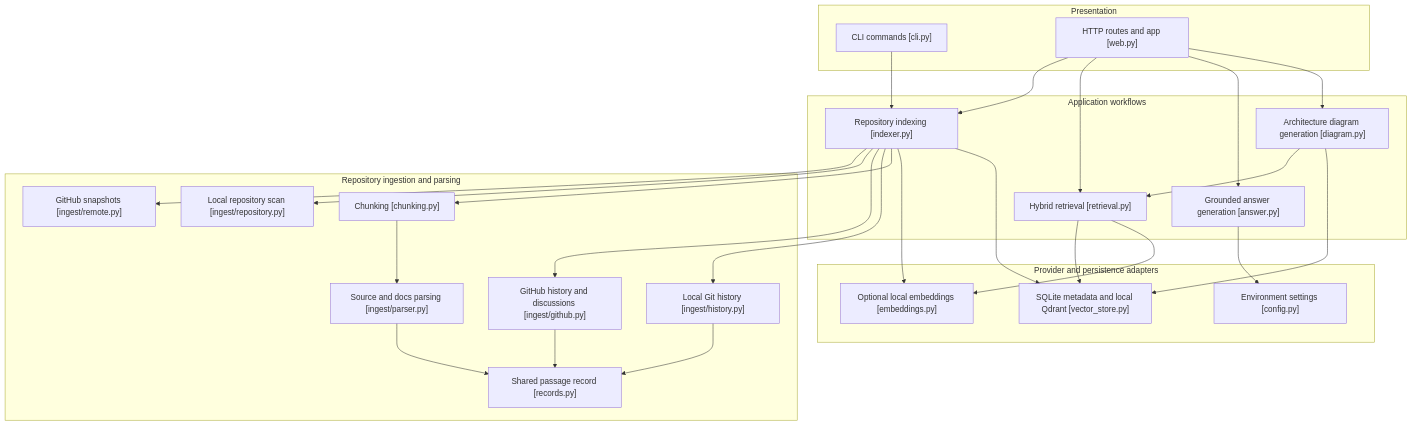
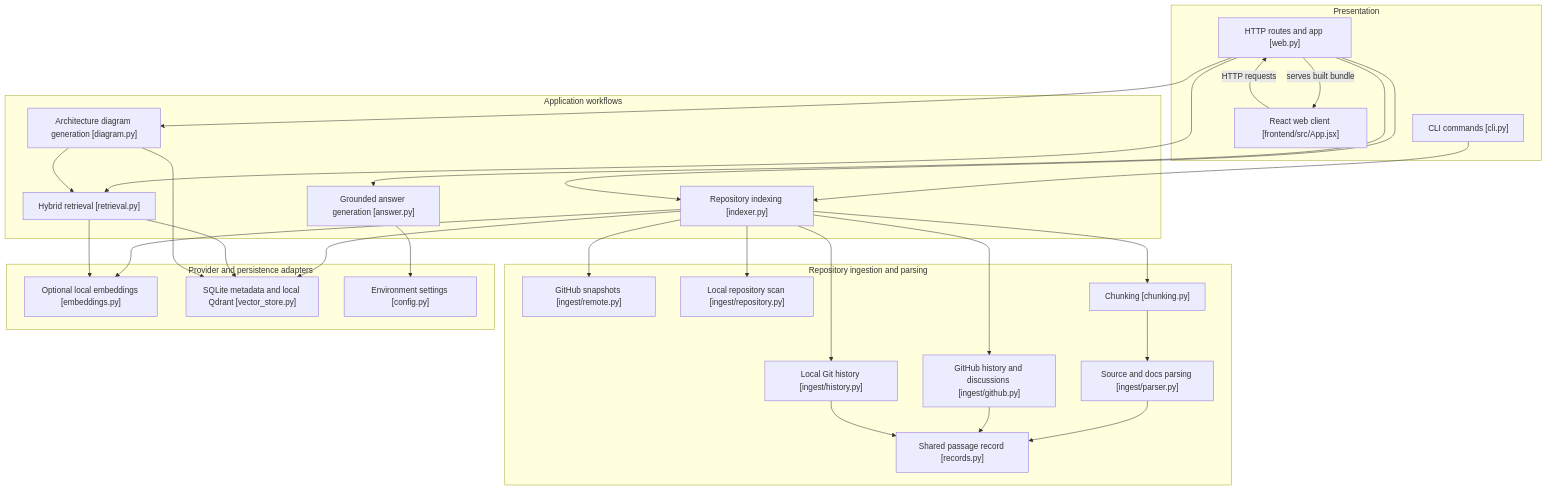
The first of 3 diagrams in docs/backend-architecture.md (Mr1823/GitContext), drawn with Mermaid before and after one commit. The commit also changed other lines of this file and 30 other files, not shown here.

````diff
--- a/docs/backend-architecture.md
+++ b/docs/backend-architecture.md
@@ -37,52 +50,55 @@
 ```mermaid
 flowchart TB
   subgraph presentation["Presentation"]
     cli["CLI commands [cli.py]"]
     api["HTTP routes and app [web.py]"]
+    ui["React web client [frontend/src/App.jsx]"]
   end
 
   subgraph application["Application workflows"]
     indexer["Repository indexing [indexer.py]"]
     retrieval["Hybrid retrieval [retrieval.py]"]
     answer["Grounded answer generation [answer.py]"]
     diagram["Architecture diagram generation [diagram.py]"]
   end
 
   subgraph ingest["Repository ingestion and parsing"]
     remote["GitHub snapshots [ingest/remote.py]"]
     source["Local repository scan [ingest/repository.py]"]
     github["GitHub history and discussions [ingest/github.py]"]
     history["Local Git history [ingest/history.py]"]
     parser["Source and docs parsing [ingest/parser.py]"]
     chunks["Chunking [chunking.py]"]
     records["Shared passage record [records.py]"]
   end
 
   subgraph adapters["Provider and persistence adapters"]
     embeddings["Optional local embeddings [embeddings.py]"]
     store["SQLite metadata and local Qdrant [vector_store.py]"]
     settings["Environment settings [config.py]"]
   end
 
   cli --> indexer
   api --> indexer
   api --> retrieval
   api --> answer
   api --> diagram
+  api -->|serves built bundle| ui
+  ui -->|HTTP requests| api
   indexer --> remote
   indexer --> source
   indexer --> github
   indexer --> history
   indexer --> chunks
   chunks --> parser
   parser --> records
   github --> records
   history --> records
   indexer --> embeddings
   indexer --> store
   retrieval --> store
   retrieval --> embeddings
   answer --> settings
   diagram --> retrieval
   diagram --> store
 ```
````
